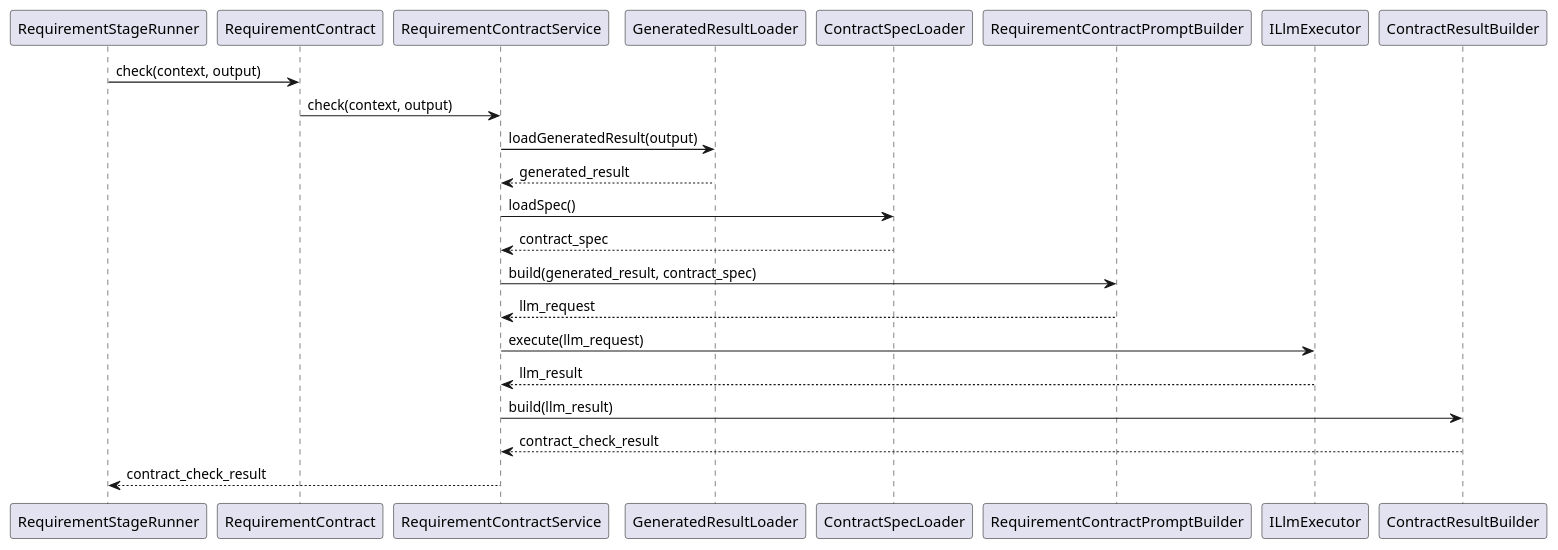
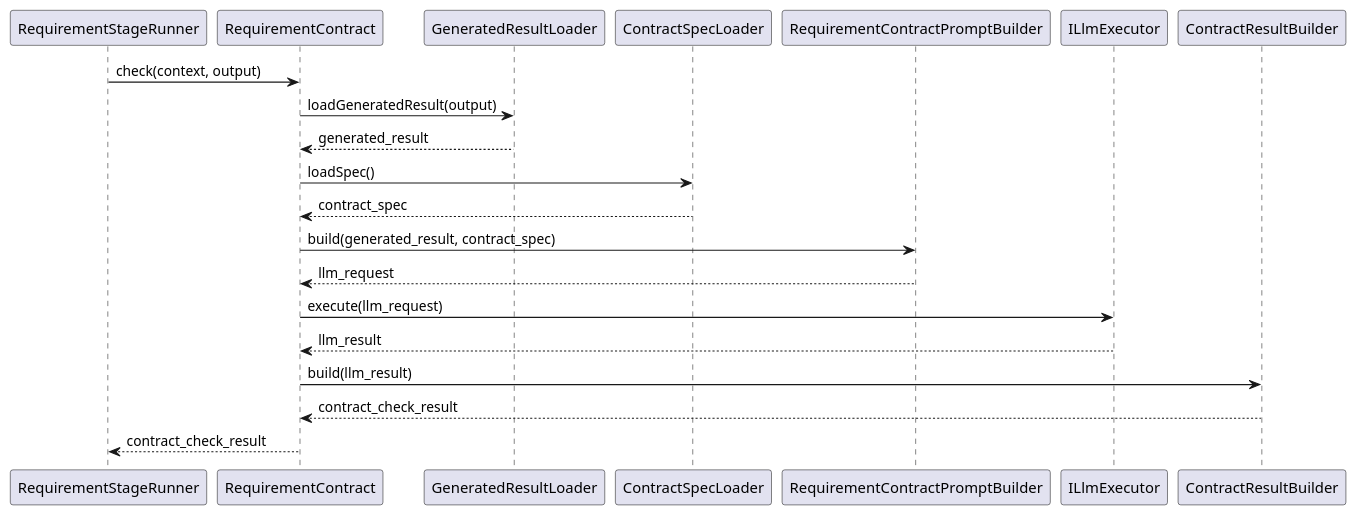
Before and after one commit to lucky-chen/ai_workflow_travel: the second of 2 diagrams in meta_layer/docs/design_docs/Contract/RequirementContract.md, drawn with PlantUML. The commit also changed other lines of this file and 12 other files, not shown here.

First line of the commit message:
[AI] gpt-5.4: align stage pipeline document io flow

````diff
--- a/meta_layer/docs/design_docs/Contract/RequirementContract.md
+++ b/meta_layer/docs/design_docs/Contract/RequirementContract.md
@@ -94,26 +84,24 @@
 ```plantuml
 @startuml
 participant RequirementStageRunner
 participant RequirementContract
-participant RequirementContractService
 participant GeneratedResultLoader
 participant ContractSpecLoader
 participant RequirementContractPromptBuilder
 participant ILlmExecutor
 participant ContractResultBuilder
 
 RequirementStageRunner -> RequirementContract: check(context, output)
-RequirementContract -> RequirementContractService: check(context, output)
-RequirementContractService -> GeneratedResultLoader: loadGeneratedResult(output)
-GeneratedResultLoader --> RequirementContractService: generated_result
-RequirementContractService -> ContractSpecLoader: loadSpec()
-ContractSpecLoader --> RequirementContractService: contract_spec
-RequirementContractService -> RequirementContractPromptBuilder: build(generated_result, contract_spec)
-RequirementContractPromptBuilder --> RequirementContractService: llm_request
-RequirementContractService -> ILlmExecutor: execute(llm_request)
-ILlmExecutor --> RequirementContractService: llm_result
-RequirementContractService -> ContractResultBuilder: build(llm_result)
-ContractResultBuilder --> RequirementContractService: contract_check_result
-RequirementContractService --> RequirementStageRunner: contract_check_result
+RequirementContract -> GeneratedResultLoader: loadGeneratedResult(output)
+GeneratedResultLoader --> RequirementContract: generated_result
+RequirementContract -> ContractSpecLoader: loadSpec()
+ContractSpecLoader --> RequirementContract: contract_spec
+RequirementContract -> RequirementContractPromptBuilder: build(generated_result, contract_spec)
+RequirementContractPromptBuilder --> RequirementContract: llm_request
+RequirementContract -> ILlmExecutor: execute(llm_request)
+ILlmExecutor --> RequirementContract: llm_result
+RequirementContract -> ContractResultBuilder: build(llm_result)
+ContractResultBuilder --> RequirementContract: contract_check_result
+RequirementContract --> RequirementStageRunner: contract_check_result
 @enduml
 ```
````
